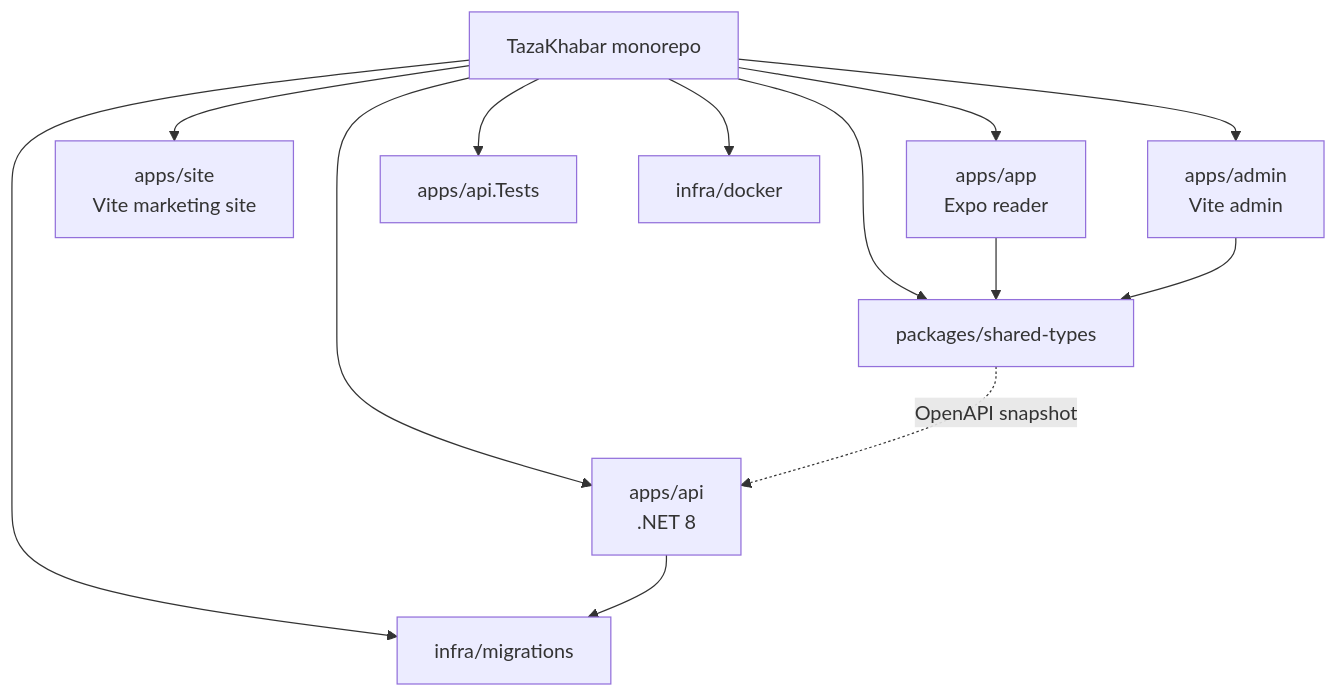
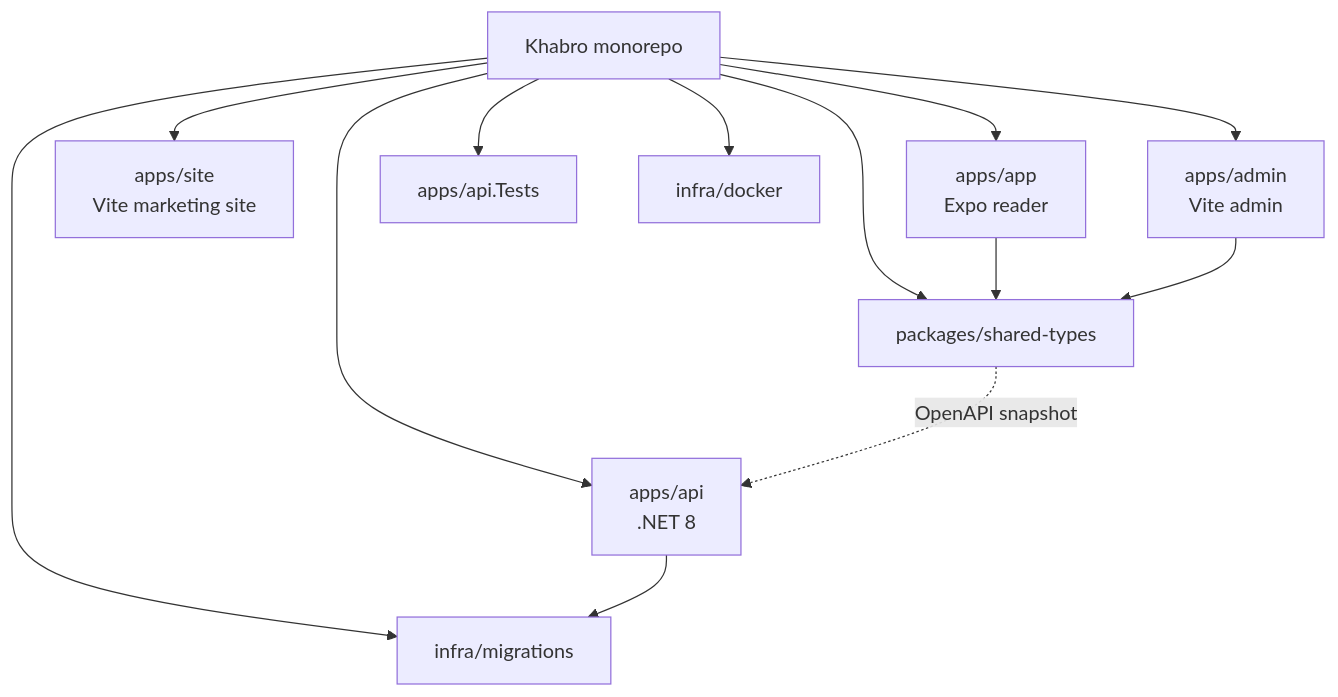
One commit to sshivanshg/TAZAkhabar changed the diagram in docs/architecture/01-monorepo.md. Above: the diagram before and after it, drawn with Mermaid. The commit also changed other lines of this file and 91 other files, not shown here.

````diff
--- a/docs/architecture/01-monorepo.md
+++ b/docs/architecture/01-monorepo.md
@@ -17,16 +17,16 @@
 ```mermaid
 flowchart TB
-  root[TazaKhabar monorepo]
+  root[Khabro monorepo]
   root --> app[apps/app<br/>Expo reader]
   root --> site[apps/site<br/>Vite marketing site]
   root --> admin[apps/admin<br/>Vite admin]
   root --> api[apps/api<br/>.NET 8]
   root --> tests[apps/api.Tests]
   root --> shared[packages/shared-types]
   root --> docker[infra/docker]
   root --> mig[infra/migrations]
   api --> mig
   app --> shared
   admin --> shared
   shared -.->|OpenAPI snapshot| api
 ```
````
